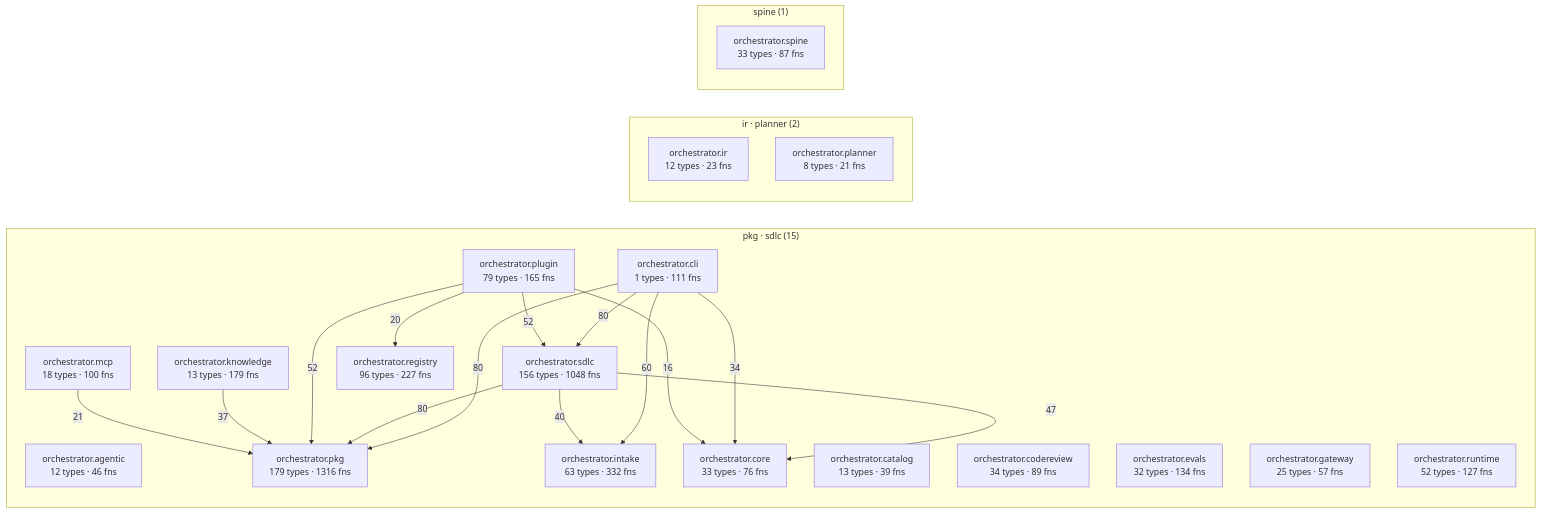
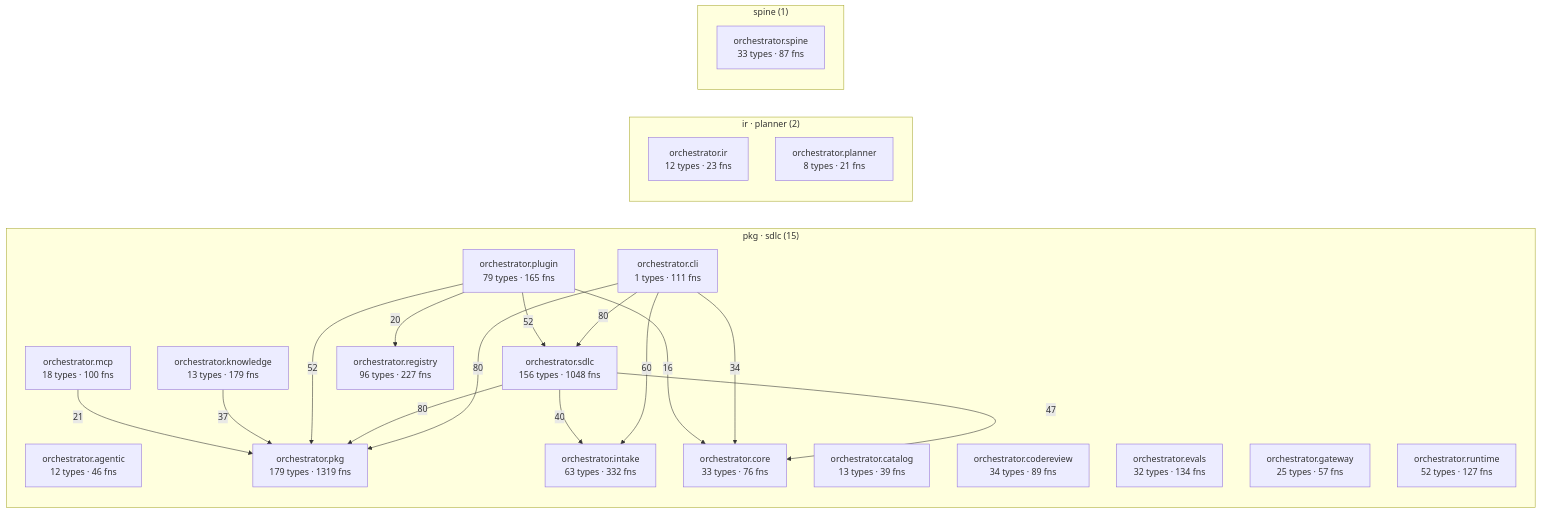
One commit to synaptixs/spine changed the diagram in episteme/architecture.md. Above: the diagram before and after it, drawn with Mermaid. The commit also changed other lines of this file and 8 other files, not shown here.

````diff
--- a/episteme/architecture.md
+++ b/episteme/architecture.md
@@ -56,40 +56,40 @@
 ```mermaid
 flowchart LR
   subgraph c_2["pkg · sdlc (15)"]
     aorchestratoragentic["orchestrator.agentic<br/>12 types · 46 fns"]
     aorchestratorcatalog["orchestrator.catalog<br/>13 types · 39 fns"]
     aorchestratorcli["orchestrator.cli<br/>1 types · 111 fns"]
     aorchestratorcodereview["orchestrator.codereview<br/>34 types · 89 fns"]
     aorchestratorcore["orchestrator.core<br/>33 types · 76 fns"]
     aorchestratorevals["orchestrator.evals<br/>32 types · 134 fns"]
     aorchestratorgateway["orchestrator.gateway<br/>25 types · 57 fns"]
     aorchestratorintake["orchestrator.intake<br/>63 types · 332 fns"]
     aorchestratorknowledge["orchestrator.knowledge<br/>13 types · 179 fns"]
     aorchestratormcp["orchestrator.mcp<br/>18 types · 100 fns"]
-    aorchestratorpkg["orchestrator.pkg<br/>179 types · 1316 fns"]
+    aorchestratorpkg["orchestrator.pkg<br/>179 types · 1319 fns"]
     aorchestratorplugin["orchestrator.plugin<br/>79 types · 165 fns"]
     aorchestratorregistry["orchestrator.registry<br/>96 types · 227 fns"]
     aorchestratorruntime["orchestrator.runtime<br/>52 types · 127 fns"]
     aorchestratorsdlc["orchestrator.sdlc<br/>156 types · 1048 fns"]
   end
   subgraph c_5["ir · planner (2)"]
     aorchestratorir["orchestrator.ir<br/>12 types · 23 fns"]
     aorchestratorplanner["orchestrator.planner<br/>8 types · 21 fns"]
   end
   subgraph c_10["spine (1)"]
     aorchestratorspine["orchestrator.spine<br/>33 types · 87 fns"]
   end
   aorchestratorcli -->|80| aorchestratorpkg
   aorchestratorcli -->|80| aorchestratorsdlc
   aorchestratorsdlc -->|80| aorchestratorpkg
   aorchestratorcli -->|60| aorchestratorintake
   aorchestratorplugin -->|52| aorchestratorpkg
   aorchestratorplugin -->|52| aorchestratorsdlc
   aorchestratorsdlc -->|47| aorchestratorcore
   aorchestratorsdlc -->|40| aorchestratorintake
   aorchestratorknowledge -->|37| aorchestratorpkg
   aorchestratorcli -->|34| aorchestratorcore
   aorchestratormcp -->|21| aorchestratorpkg
   aorchestratorplugin -->|20| aorchestratorregistry
   aorchestratorplugin -->|16| aorchestratorcore
 ```
````
